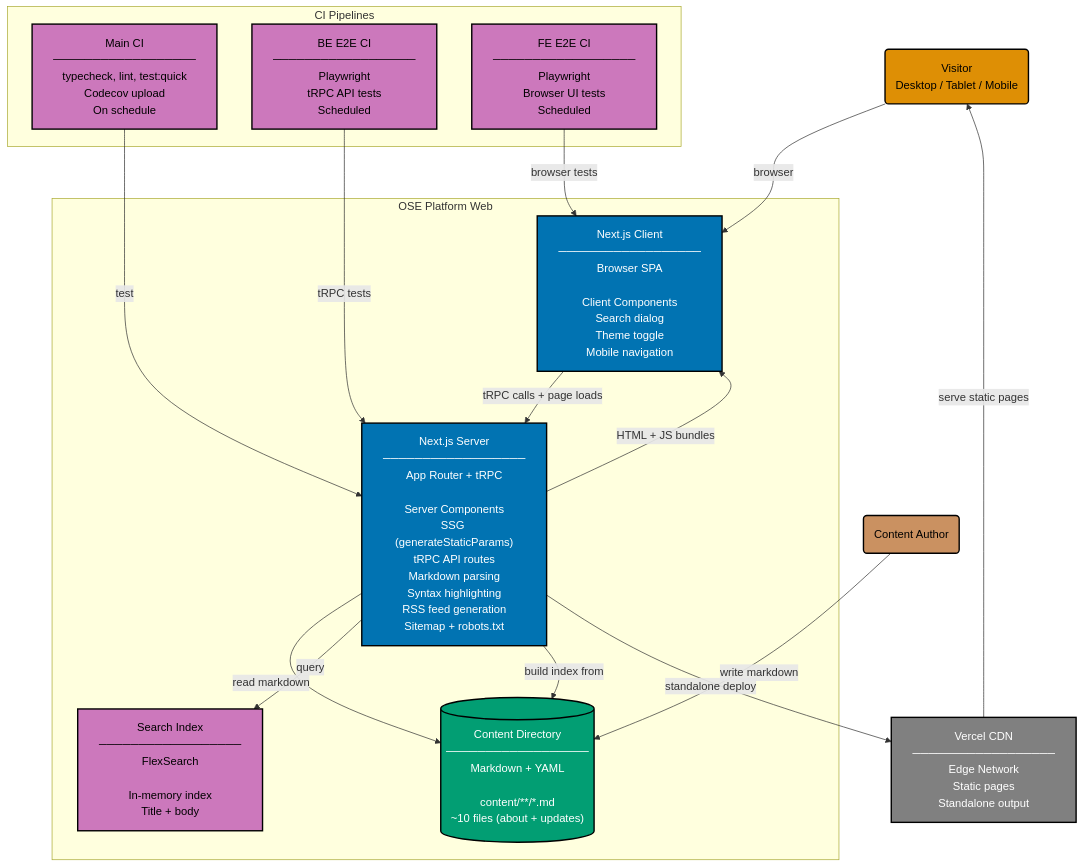
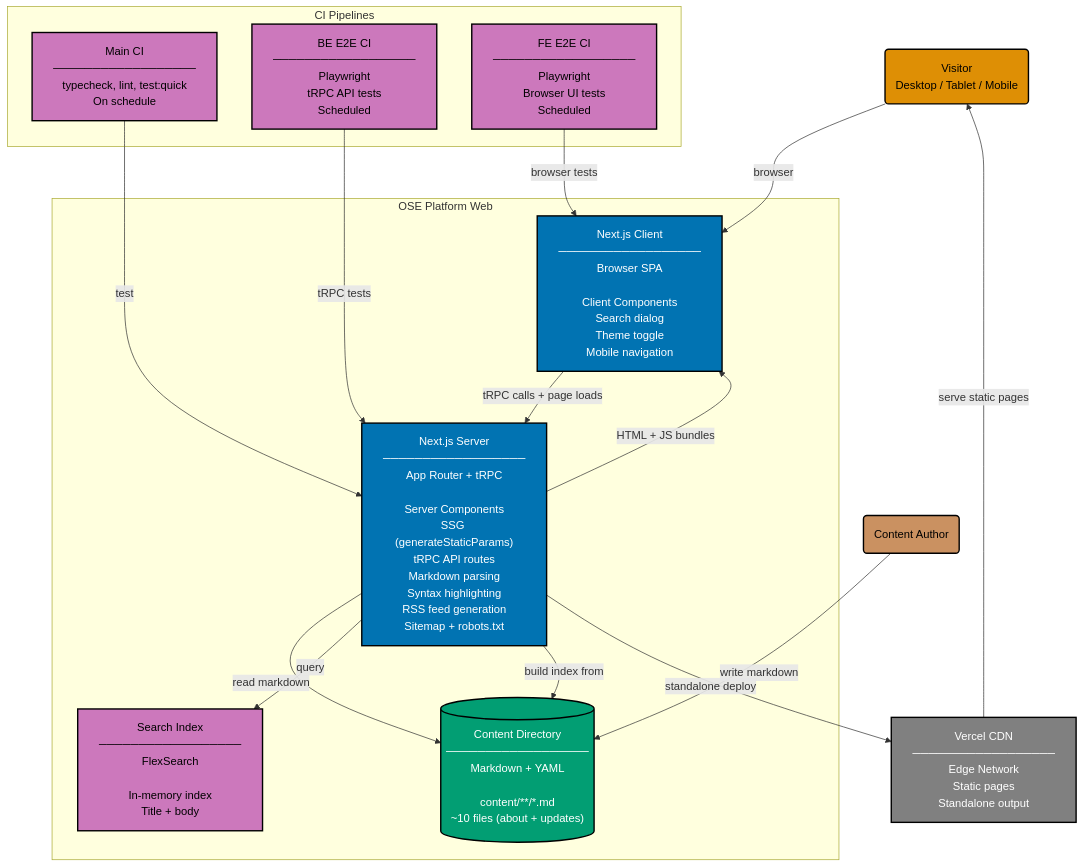
The diagram in specs/apps/oseplatform/c4/container.md (wahidyankf/open-sharia-enterprise), drawn with Mermaid before and after one commit. The commit also changed 5 other files, not shown here.

First line of the commit message:
chore(specs): remove codecov labels from C4 diagrams

````diff
--- a/specs/apps/oseplatform/c4/container.md
+++ b/specs/apps/oseplatform/c4/container.md
@@ -11,51 +11,51 @@
 ```mermaid
 %% Color Palette: Blue #0173B2 | Orange #DE8F05 | Teal #029E73 | Purple #CC78BC | Brown #CA9161 | Gray #808080
 graph TD
     VISITOR("Visitor<br/>Desktop / Tablet / Mobile"):::actor
     AUTHOR("Content Author"):::actor_author
 
     subgraph SYSTEM["OSE Platform Web"]
         SSR["Next.js Server<br/>──────────────────<br/>App Router + tRPC<br/><br/>Server Components<br/>SSG (generateStaticParams)<br/>tRPC API routes<br/>Markdown parsing<br/>Syntax highlighting<br/>RSS feed generation<br/>Sitemap + robots.txt"]:::container_be
 
         CLIENT["Next.js Client<br/>──────────────────<br/>Browser SPA<br/><br/>Client Components<br/>Search dialog<br/>Theme toggle<br/>Mobile navigation"]:::container_fe
 
         CONTENT[("Content Directory<br/>──────────────────<br/>Markdown + YAML<br/><br/>content/**/*.md<br/>~10 files (about + updates)")]:::datastore
 
         SEARCH["Search Index<br/>──────────────────<br/>FlexSearch<br/><br/>In-memory index<br/>Title + body"]:::search
     end
 
     subgraph CICD["CI Pipelines"]
-        MAIN_CI["Main CI<br/>──────────────────<br/>typecheck, lint, test:quick<br/>Codecov upload<br/>On schedule"]:::ci
+        MAIN_CI["Main CI<br/>──────────────────<br/>typecheck, lint, test:quick<br/>On schedule"]:::ci
 
         BE_E2E["BE E2E CI<br/>──────────────────<br/>Playwright<br/>tRPC API tests<br/>Scheduled"]:::ci
 
         FE_E2E["FE E2E CI<br/>──────────────────<br/>Playwright<br/>Browser UI tests<br/>Scheduled"]:::ci
     end
 
     VERCEL["Vercel CDN<br/>──────────────────<br/>Edge Network<br/>Static pages<br/>Standalone output"]:::infra
 
     VISITOR -->|"browser"| CLIENT
     AUTHOR -->|"write markdown"| CONTENT
 
     CLIENT -->|"tRPC calls + page loads"| SSR
     SSR -->|"read markdown"| CONTENT
     SSR -->|"query"| SEARCH
     SSR -->|"build index from"| CONTENT
     SSR -->|"HTML + JS bundles"| CLIENT
 
     SSR -->|"standalone deploy"| VERCEL
     VERCEL -->|"serve static pages"| VISITOR
 
     MAIN_CI -->|"test"| SSR
     BE_E2E -->|"tRPC tests"| SSR
     FE_E2E -->|"browser tests"| CLIENT
 
     classDef actor fill:#DE8F05,stroke:#000000,color:#000000,stroke-width:2px
     classDef actor_author fill:#CA9161,stroke:#000000,color:#000000,stroke-width:2px
     classDef container_be fill:#0173B2,stroke:#000000,color:#FFFFFF,stroke-width:2px
     classDef container_fe fill:#0173B2,stroke:#000000,color:#FFFFFF,stroke-width:2px
     classDef datastore fill:#029E73,stroke:#000000,color:#FFFFFF,stroke-width:2px
     classDef search fill:#CC78BC,stroke:#000000,color:#000000,stroke-width:2px
     classDef infra fill:#808080,stroke:#000000,color:#FFFFFF,stroke-width:2px
     classDef ci fill:#CC78BC,stroke:#000000,color:#000000,stroke-width:2px
 ```
````
